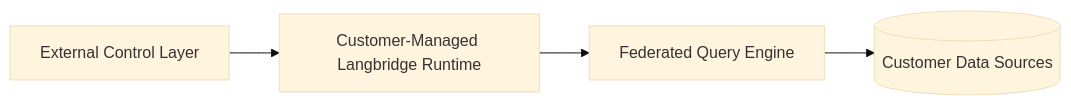
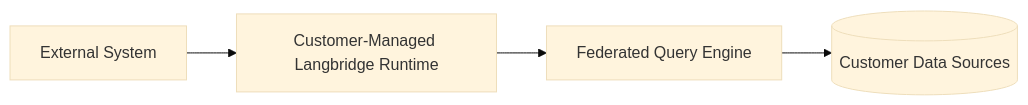
Before and after one commit to langbridgedev/langbridge: the diagram in docs/architecture/hybrid-deployment.md, drawn with Mermaid (base theme). The commit also changed other lines of this file and 19 other files, not shown here.

````diff
--- a/docs/architecture/hybrid-deployment.md
+++ b/docs/architecture/hybrid-deployment.md
@@ -32,6 +30,6 @@
 ```mermaid
 flowchart LR
-    EXT[External Control Layer] --> RT[Customer-Managed Langbridge Runtime]
+    EXT[External System] --> RT[Customer-Managed Langbridge Runtime]
     RT --> FQE[Federated Query Engine]
     FQE --> DS[(Customer Data Sources)]
 ```
````
